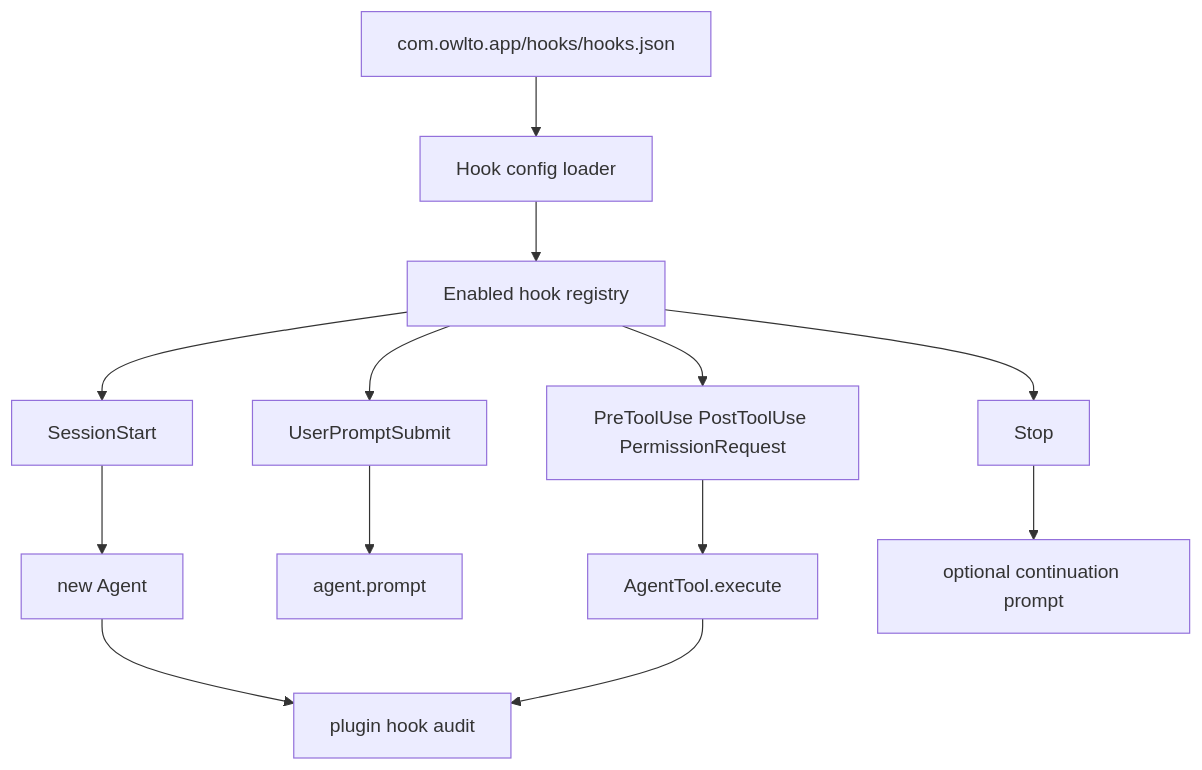
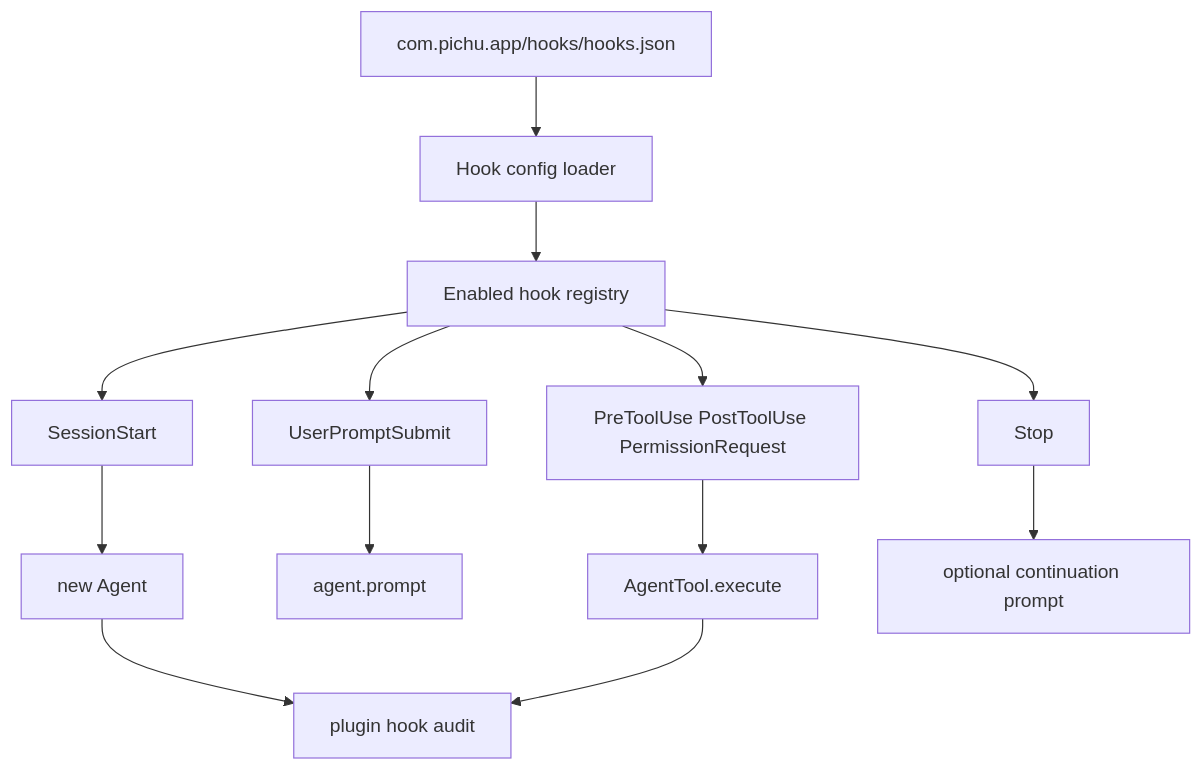
Before and after one commit to jackeydou/Owls: the first of 3 diagrams in docs/CODEX_AGENT_HOOKS.md, drawn with Mermaid. The commit also changed other lines of this file and 111 other files, not shown here.

````diff
--- a/docs/CODEX_AGENT_HOOKS.md
+++ b/docs/CODEX_AGENT_HOOKS.md
@@ -167,15 +167,15 @@
 ```mermaid
 flowchart TD
-  owltoExtension["com.owlto.app/hooks/hooks.json"] --> hookConfigLoader["Hook config loader"]
+  pichuExtension["com.pichu.app/hooks/hooks.json"] --> hookConfigLoader["Hook config loader"]
   hookConfigLoader --> hookRegistry["Enabled hook registry"]
   hookRegistry --> sessionInterceptor["SessionStart"]
   hookRegistry --> promptInterceptor["UserPromptSubmit"]
   hookRegistry --> toolWrapper["PreToolUse PostToolUse PermissionRequest"]
   hookRegistry --> stopInterceptor["Stop"]
   sessionInterceptor --> agentRuntime["new Agent"]
   promptInterceptor --> agentPrompt["agent.prompt"]
   toolWrapper --> agentTools["AgentTool.execute"]
   stopInterceptor --> continuation["optional continuation prompt"]
   agentRuntime --> auditLog["plugin hook audit"]
   agentTools --> auditLog
 ```
````
